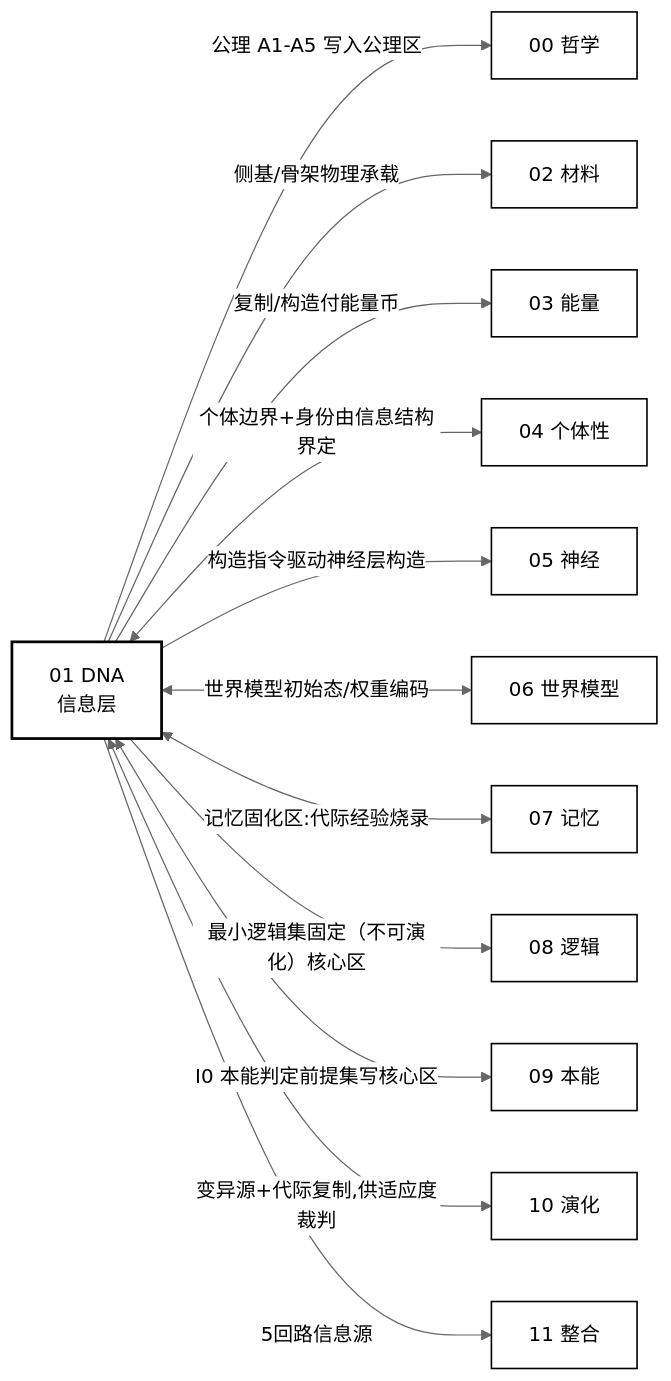
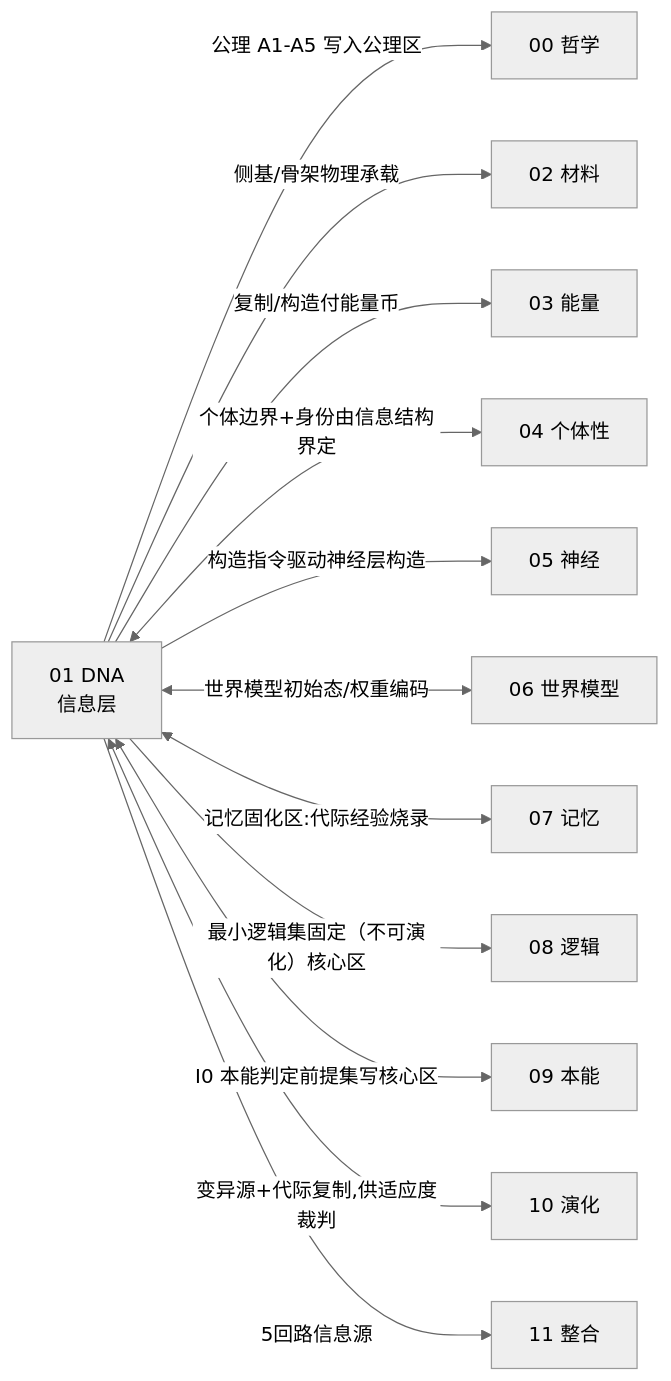
One commit to RichardASimon/Silicon-Biological-Blueprint changed the second of 2 diagrams in zh-CN/01_DNA信息层_设计.md. Above: the diagram before and after it, drawn with Mermaid (neutral theme). The commit also changed other lines of this file and 23 other files, not shown here.

First line of the commit message:
docs: repair all mermaid diagrams and add emergence mechanisms with literature

````diff
--- a/zh-CN/01_DNA信息层_设计.md
+++ b/zh-CN/01_DNA信息层_设计.md
@@ -383,21 +376,15 @@
 ```mermaid
 graph LR
     D["01 DNA<br/>信息层"]
-
     D -->|公理 A1-A5 写入公理区| P0["00 哲学"]
     D -->|侧基/骨架物理承载| M2["02 材料"]
     D -->|复制/构造付能量币| E3["03 能量"]
     D <-->|个体边界+身份由信息结构界定| I4["04 个体性"]
     D -->|构造指令驱动神经层构造| N5["05 神经"]
     D <-->|世界模型初始态/权重编码| WM6["06 世界模型"]
     D <-->|记忆固化区:代际经验烧录| MEM7["07 记忆"]
     D -->|最小逻辑集固定（不可演化）核心区| L8["08 逻辑"]
     D <-->|I0 本能判定前提集写核心区| I0_9["09 本能"]
     D <-->|变异源+代际复制,供适应度裁判| EV10["10 演化"]
     D -->|5回路信息源| INT11["11 整合"]
-
-    classDef core fill:transparent,stroke:currentColor,stroke-width:2.2px,color:currentColor
-    classDef node fill:transparent,stroke:currentColor,stroke-width:1.3px,color:currentColor
-    class D core
-    class P0,M2,E3,I4,N5,WM6,MEM7,L8,I0_9,EV10,INT11 node
 ```
````
